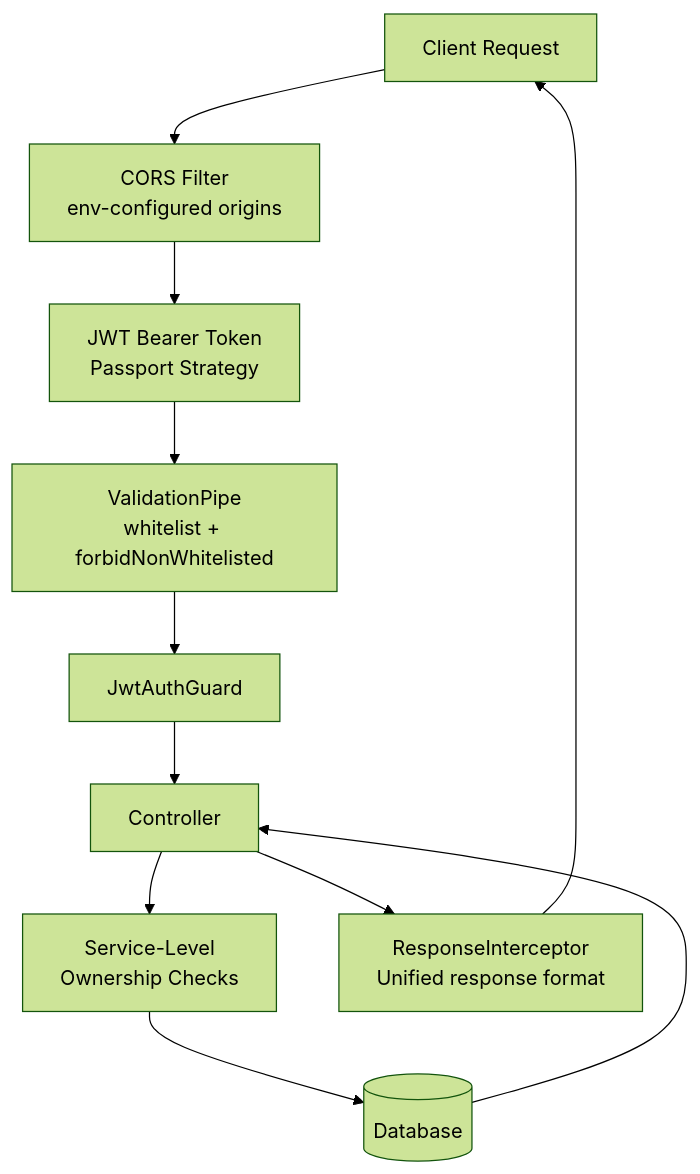
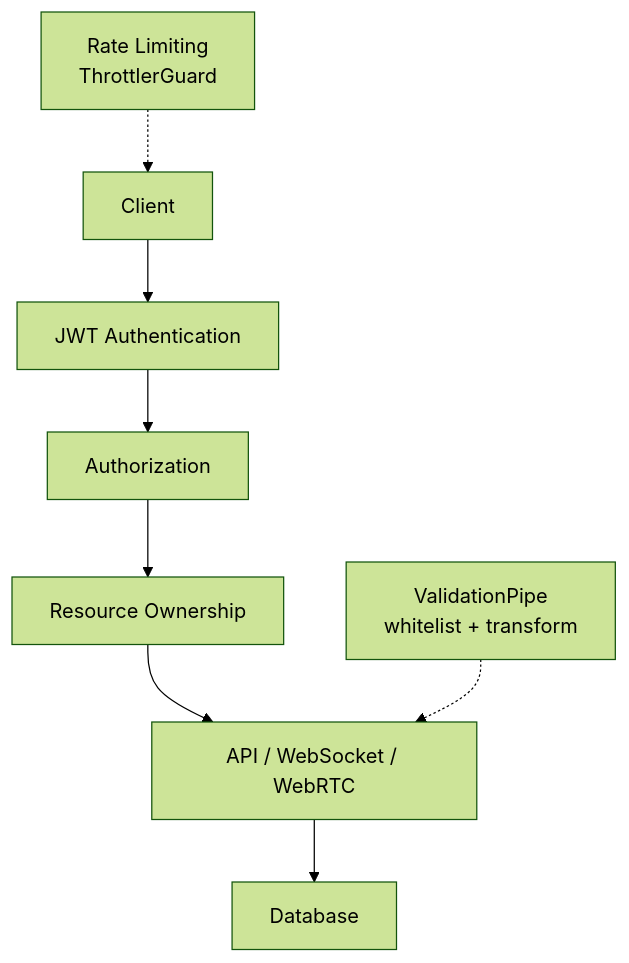
Before and after one commit to LeNguyenTatThang/Halogram: diagram 14 of 15 in README.md, drawn with Mermaid (forest theme). The commit also changed other lines of this file and 14 other files, not shown here.

````diff
--- a/README.md
+++ b/README.md
@@ -858,23 +858,10 @@
 ```mermaid
 flowchart TD
-    C[Client Request]
-    CORS[CORS Filter<br/>env-configured origins]
-    JWT[JWT Bearer Token<br/>Passport Strategy]
-    VAL[ValidationPipe<br/>whitelist + forbidNonWhitelisted]
-    AUTH[JwtAuthGuard]
-    CTRL[Controller]
-    OWN[Service-Level<br/>Ownership Checks]
-    DB[(Database)]
-    INT[ResponseInterceptor<br/>Unified response format]
-
-    C --> CORS
-    CORS --> JWT
-    JWT --> VAL
-    VAL --> AUTH
-    AUTH --> CTRL
-    CTRL --> OWN
-    OWN --> DB
-    DB --> CTRL
-    CTRL --> INT
-    INT --> C
+    A[Client] --> B[JWT Authentication]
+    B --> C[Authorization]
+    C --> D[Resource Ownership]
+    D --> E[API / WebSocket / WebRTC]
+    E --> F[Database]
+    R[Rate Limiting<br/>ThrottlerGuard] -.-> A
+    V[ValidationPipe<br/>whitelist + transform] -.-> E
 ```
````
